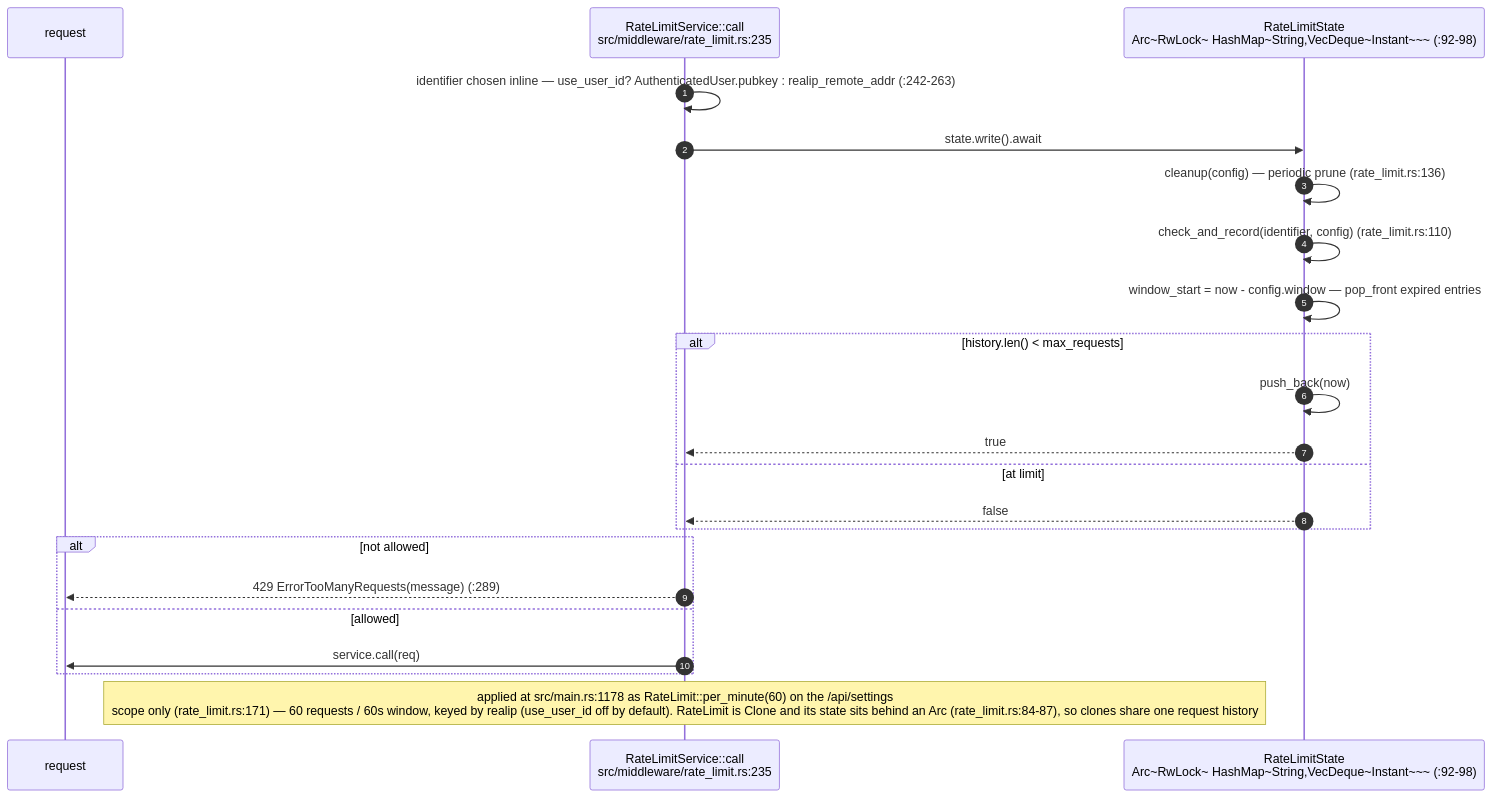
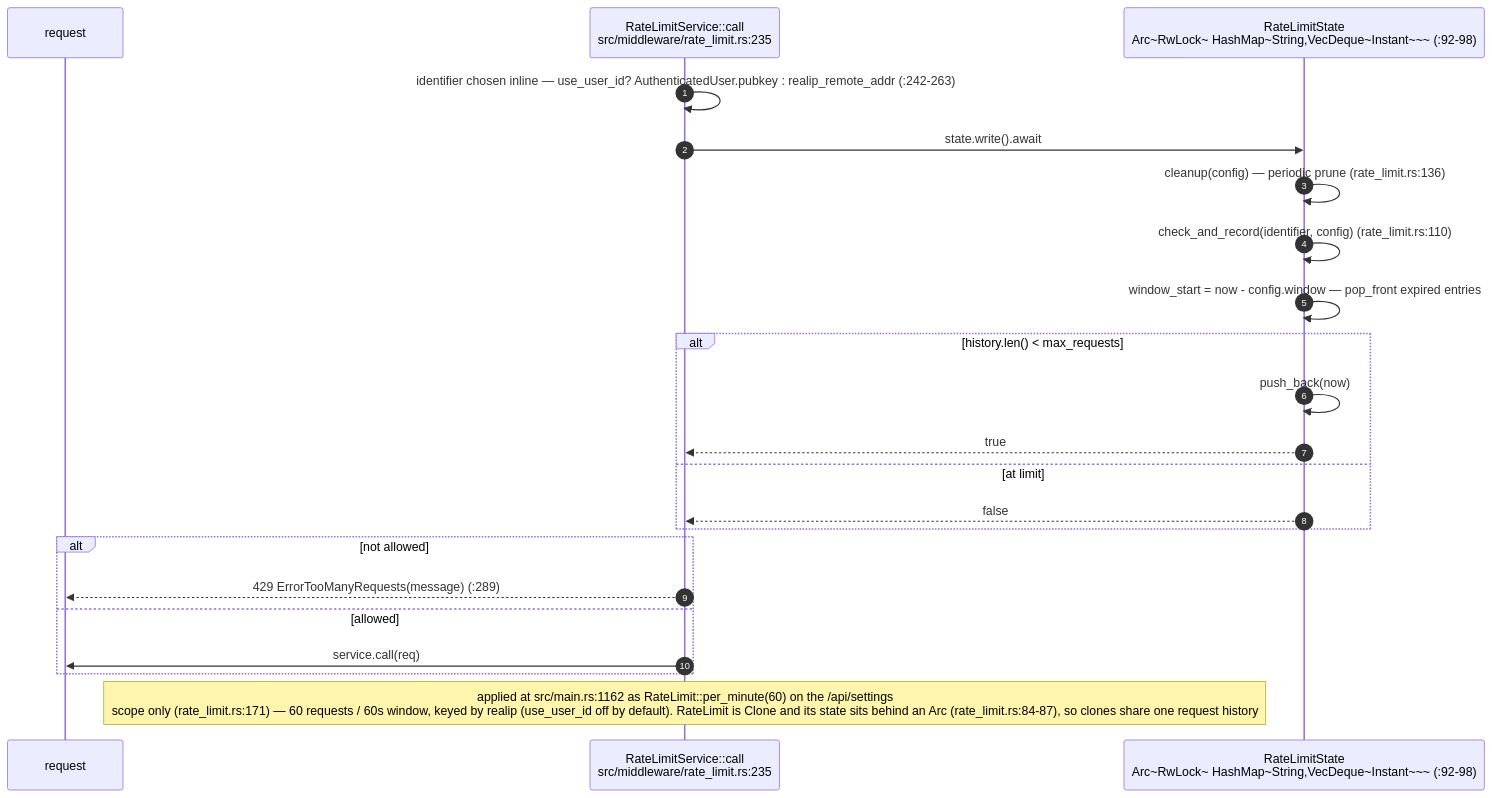
Diagram 11 of 15 in docs/diagrams/visionclaw/03-request-lifecycle-and-rbac.md (DreamLab-AI/VisionFlow), drawn with Mermaid before and after one commit. The commit also changed other lines of this file and 7 other files, not shown here.

````diff
--- a/docs/diagrams/visionclaw/03-request-lifecycle-and-rbac.md
+++ b/docs/diagrams/visionclaw/03-request-lifecycle-and-rbac.md
@@ -541,25 +557,25 @@
 ```mermaid
 sequenceDiagram
     autonumber
     participant R as request
     participant RL as RateLimitService::call<br/>src/middleware/rate_limit.rs:235
     participant ST as RateLimitState<br/>Arc~RwLock~ HashMap~String,VecDeque~Instant~~~ (:92-98)
 
     RL->>RL: identifier chosen inline — use_user_id? AuthenticatedUser.pubkey : realip_remote_addr (:242-263)
     RL->>ST: state.write().await
     ST->>ST: cleanup(config) — periodic prune (rate_limit.rs:136)
     ST->>ST: check_and_record(identifier, config) (rate_limit.rs:110)
     ST->>ST: window_start = now - config.window — pop_front expired entries
     alt history.len() < max_requests
         ST->>ST: push_back(now)
         ST-->>RL: true
     else at limit
         ST-->>RL: false
     end
     alt not allowed
         RL-->>R: 429 ErrorTooManyRequests(message) (:289)
     else allowed
         RL->>R: service.call(req)
     end
-    Note over RL: applied at src/main.rs:1178 as RateLimit::per_minute(60) on the /api/settings<br/>scope only (rate_limit.rs:171) — 60 requests / 60s window, keyed by realip (use_user_id off by default). RateLimit is Clone and its state sits behind an Arc (rate_limit.rs:84-87), so clones share one request history
+    Note over RL: applied at src/main.rs:1162 as RateLimit::per_minute(60) on the /api/settings<br/>scope only (rate_limit.rs:171) — 60 requests / 60s window, keyed by realip (use_user_id off by default). RateLimit is Clone and its state sits behind an Arc (rate_limit.rs:84-87), so clones share one request history
 ```
````
